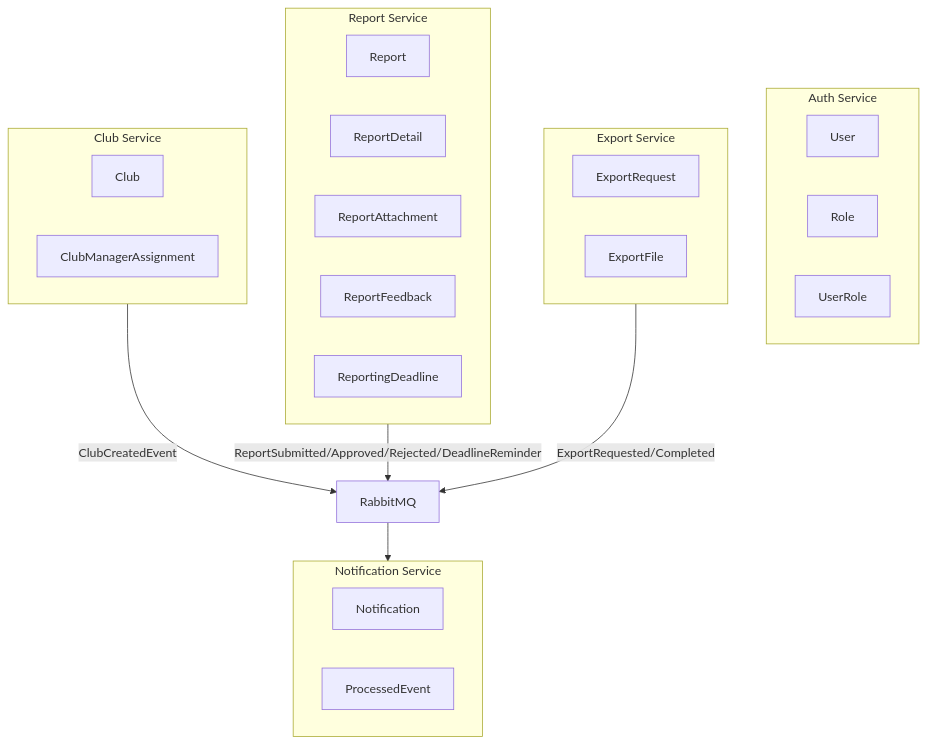
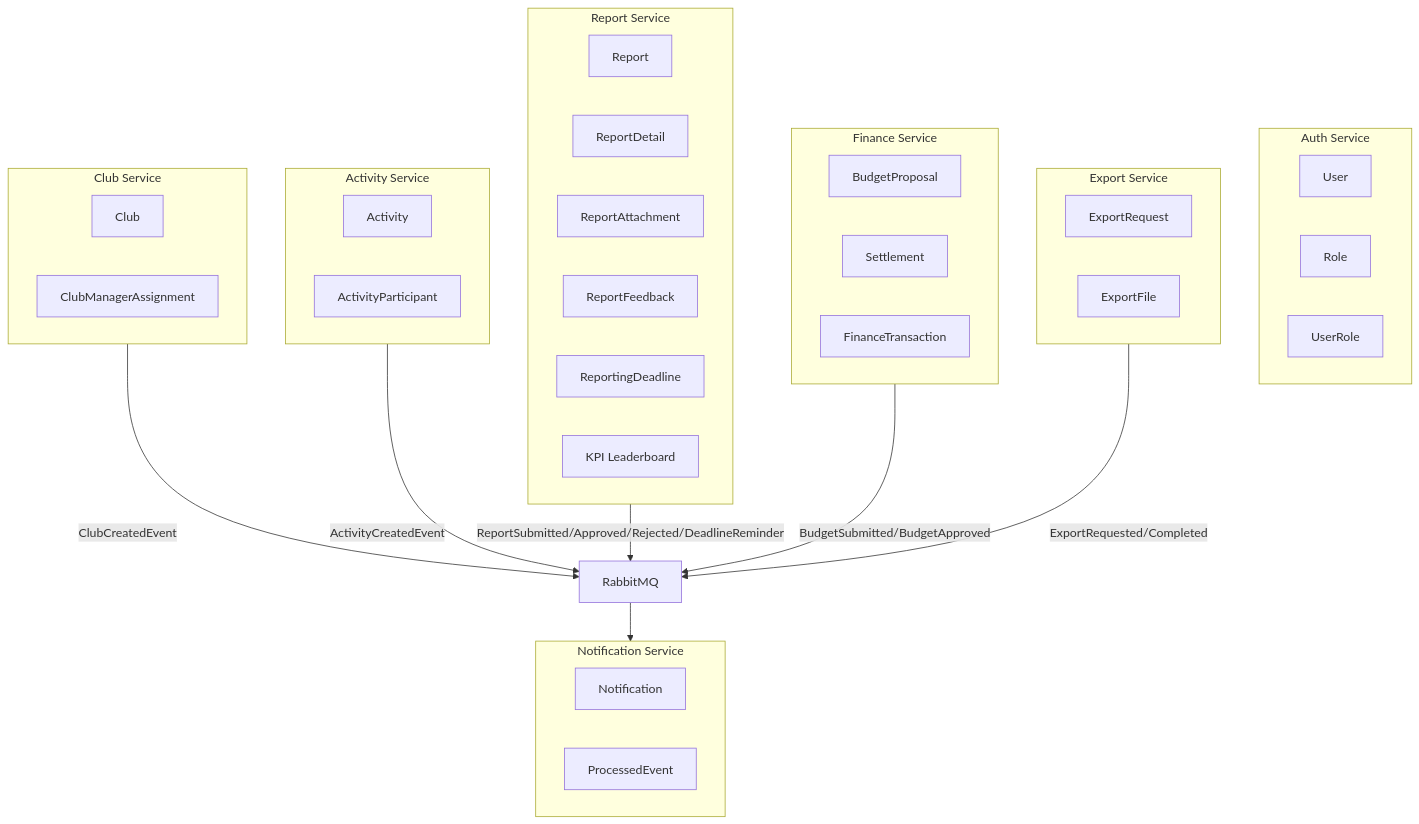
Before and after one commit to Kenfiz123/PRN232_PROJECT: the second of 4 diagrams in docs/ARCHITECTURE.md, drawn with Mermaid. The commit also changed other lines of this file and 51 other files, not shown here.

````diff
--- a/docs/ARCHITECTURE.md
+++ b/docs/ARCHITECTURE.md
@@ -29,31 +35,43 @@
 ```mermaid
 flowchart TB
     subgraph AuthService["Auth Service"]
       User["User"]
       Role["Role"]
       UserRole["UserRole"]
     end
     subgraph ClubService["Club Service"]
       Club["Club"]
       Assignment["ClubManagerAssignment"]
     end
+    subgraph ActivityService["Activity Service"]
+      Activity["Activity"]
+      Participant["ActivityParticipant"]
+    end
     subgraph ReportService["Report Service"]
       Report["Report"]
       Detail["ReportDetail"]
       Attachment["ReportAttachment"]
       Feedback["ReportFeedback"]
       Deadline["ReportingDeadline"]
+      KPI["KPI Leaderboard"]
+    end
+    subgraph FinanceService["Finance Service"]
+      Budget["BudgetProposal"]
+      Settlement["Settlement"]
+      Transaction["FinanceTransaction"]
     end
     subgraph ExportService["Export Service"]
       ExportRequest["ExportRequest"]
       ExportFile["ExportFile"]
     end
     subgraph NotificationService["Notification Service"]
       Notification["Notification"]
       Inbox["ProcessedEvent"]
     end
     ClubService -->|ClubCreatedEvent| RabbitMQ["RabbitMQ"]
+    ActivityService -->|ActivityCreatedEvent| RabbitMQ
     ReportService -->|ReportSubmitted/Approved/Rejected/DeadlineReminder| RabbitMQ
+    FinanceService -->|BudgetSubmitted/BudgetApproved| RabbitMQ
     ExportService -->|ExportRequested/Completed| RabbitMQ
     RabbitMQ --> NotificationService
 ```
````
